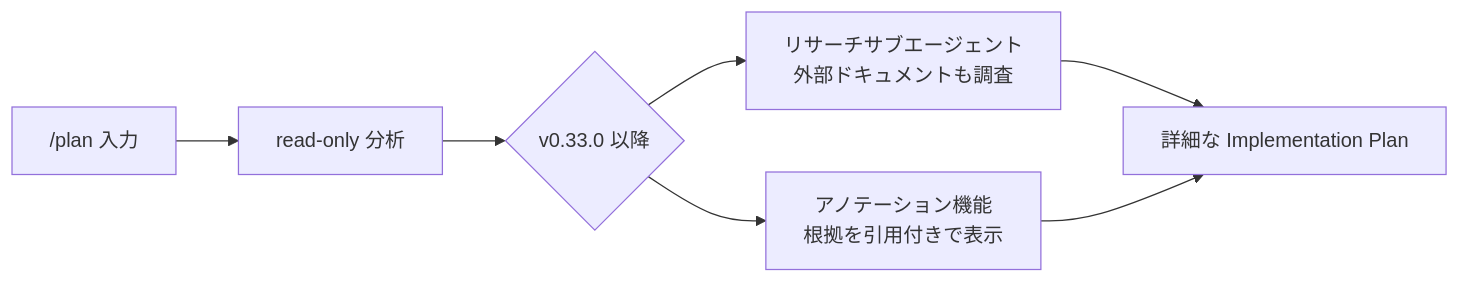
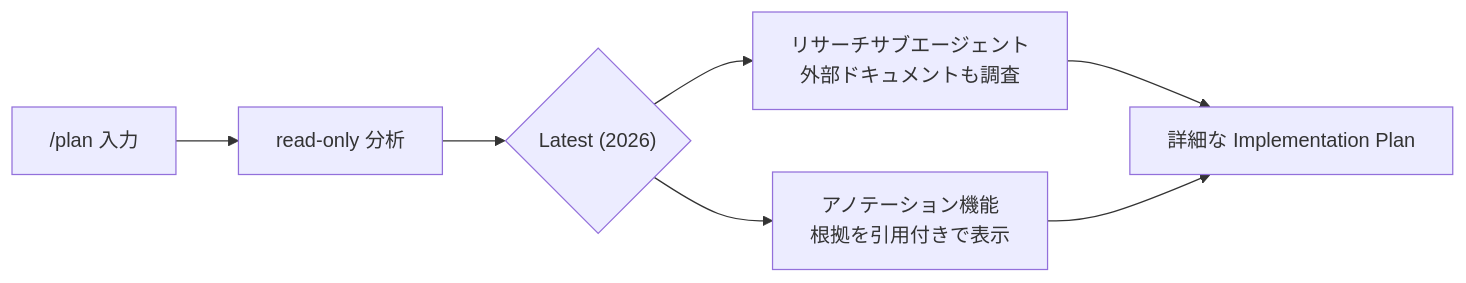
One commit to myoshi2891/Comparison-of-LLMs changed the second of 10 diagrams in antigravity-slash-commands-guide.md. Above: the diagram before and after it, drawn with Mermaid. The commit also changed other lines of this file, not shown here.

Commit message:
docs: update version strings in Antigravity guide to Latest (2026)

````diff
--- a/antigravity-slash-commands-guide.md
+++ b/antigravity-slash-commands-guide.md
@@ -116,9 +116,9 @@
 ```mermaid
 flowchart LR
     A["/plan 入力"] --> B["read-only 分析"]
-    B --> C{"v0.33.0 以降"}
+    B --> C{"Latest (2026)"}
     C --> D["リサーチサブエージェント\n外部ドキュメントも調査"]
     C --> E["アノテーション機能\n根拠を引用付きで表示"]
     D --> F["詳細な Implementation Plan"]
     E --> F
 ```
````
